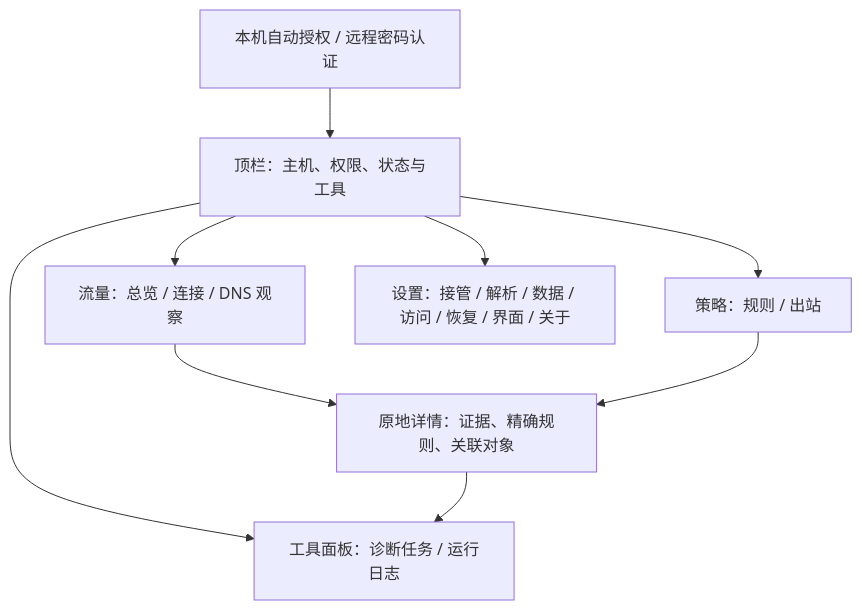
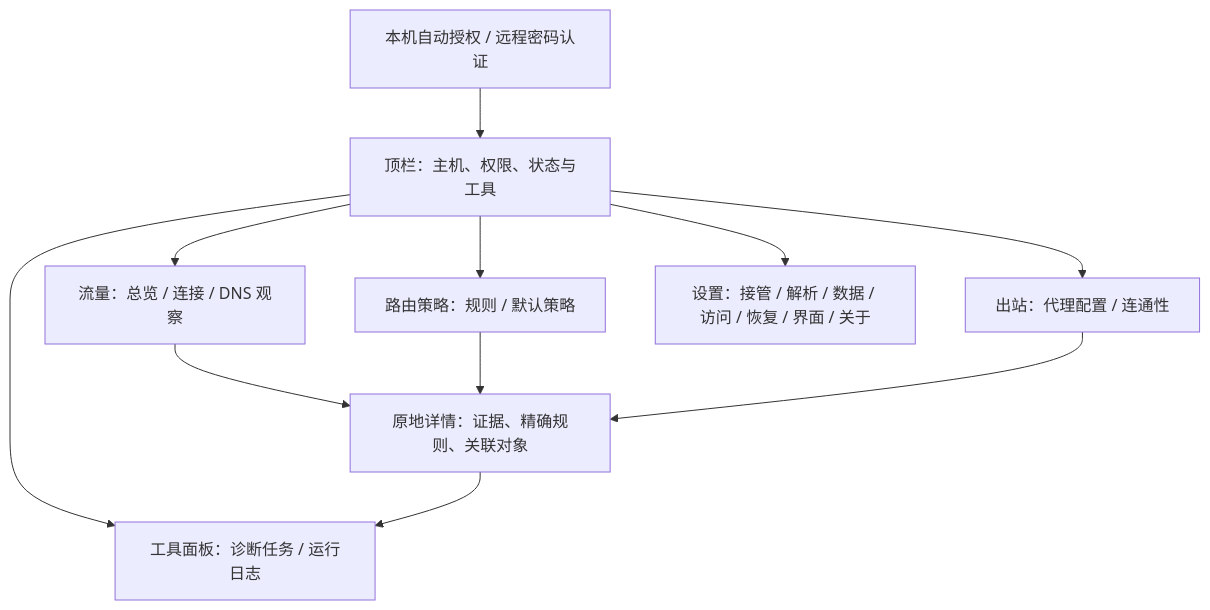
The first of 3 diagrams in docs/requirements/web-ui.md (xjdrew/kone), drawn with Mermaid before and after one commit. The commit also changed other lines of this file and 59 other files, not shown here.

````diff
--- a/docs/requirements/web-ui.md
+++ b/docs/requirements/web-ui.md
@@ -21,11 +21,13 @@
 ```mermaid
 flowchart TD
   A[本机自动授权 / 远程密码认证] --> B[顶栏：主机、权限、状态与工具]
   B --> F[流量：总览 / 连接 / DNS 观察]
-  B --> P[策略：规则 / 出站]
+  B --> P[路由策略：规则 / 默认策略]
+  B --> O[出站：代理配置 / 连通性]
   B --> S[设置：接管 / 解析 / 数据 / 访问 / 恢复 / 界面 / 关于]
   B --> T[工具面板：诊断任务 / 运行日志]
   F --> I[原地详情：证据、精确规则、关联对象]
   P --> I
+  O --> I
   I --> T
 ```
````
